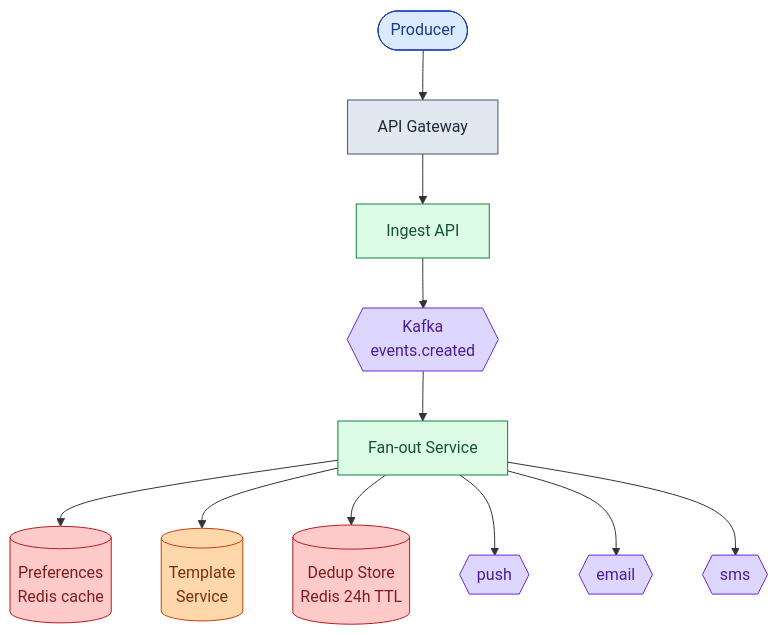
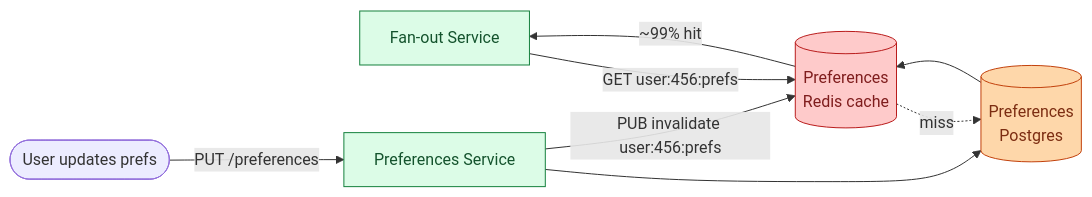
The sixth of 10 diagrams in problems/010-notification-system/question.md (shiningflash/system-design), drawn with Mermaid before and after one commit. The commit also changed other lines of this file and 37 other files, not shown here.

````diff
--- a/problems/010-notification-system/question.md
+++ b/problems/010-notification-system/question.md
@@ -293,20 +290,15 @@
 ```mermaid
-flowchart TB
-    P([Producer]):::user --> GW["API Gateway"]:::edge
-    GW --> I["Ingest API"]:::app
-    I --> K{{"Kafka<br/>events.created"}}:::queue
-    K --> F["Fan-out Service"]:::app
-    F --> Prefs[("Preferences<br/>Redis cache")]:::cache
-    F --> T[("Template<br/>Service")]:::db
-    F --> DD[("Dedup Store<br/>Redis 24h TTL")]:::cache
-    F --> KP{{"push"}}:::queue
-    F --> KE{{"email"}}:::queue
-    F --> KS{{"sms"}}:::queue
+flowchart LR
+    F["Fan-out Service"]:::app -->|"GET user:456:prefs"| R[("Preferences<br/>Redis cache")]:::cache
+    R -->|"~99% hit"| F
+    R -.miss.-> P[("Preferences<br/>Postgres")]:::db
+    P --> R
+    U([User updates prefs]) -->|"PUT /preferences"| PS["Preferences Service"]:::app
+    PS --> P
+    PS -->|"PUB invalidate user:456:prefs"| R
 
+    classDef app fill:#dcfce7,stroke:#15803d,color:#14532d
+    classDef cache fill:#fecaca,stroke:#b91c1c,color:#7f1d1d
+    classDef db fill:#fed7aa,stroke:#c2410c,color:#7c2d12
     classDef user fill:#dbeafe,stroke:#1e40af,color:#1e3a8a
-    classDef edge fill:#e2e8f0,stroke:#475569,color:#1e293b
-    classDef app fill:#dcfce7,stroke:#15803d,color:#14532d
-    classDef db fill:#fed7aa,stroke:#c2410c,color:#7c2d12
-    classDef cache fill:#fecaca,stroke:#b91c1c,color:#7f1d1d
-    classDef queue fill:#ddd6fe,stroke:#6d28d9,color:#4c1d95
 ```
````
